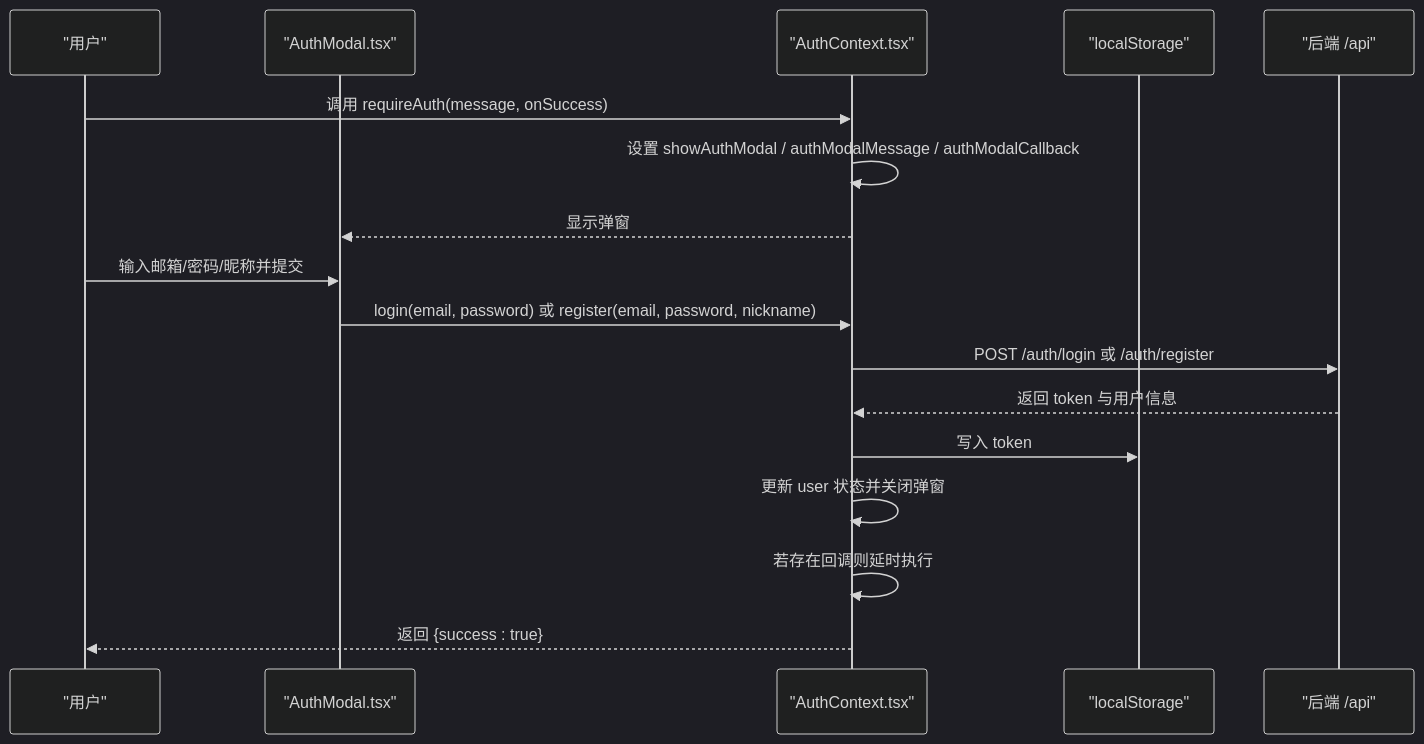
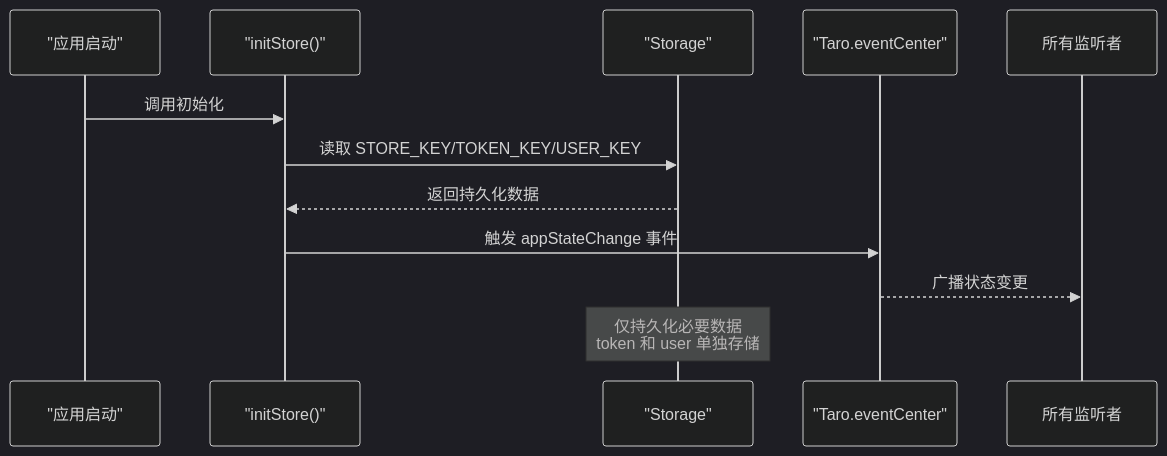
One commit to ititjjy/AITrip-plan changed the third of 4 diagrams in .qoder/repowiki/zh/content/前端架构/前端架构.md. Above: the diagram before and after it, drawn with Mermaid (dark theme). The commit also changed other lines of this file and 17 other files, not shown here.

````diff
--- a/.qoder/repowiki/zh/content/前端架构/前端架构.md
+++ b/.qoder/repowiki/zh/content/前端架构/前端架构.md
@@ -196,19 +154,13 @@
 ```mermaid
 sequenceDiagram
-participant U as "用户"
-participant AM as "AuthModal.tsx"
-participant AC as "AuthContext.tsx"
-participant LS as "localStorage"
-participant API as "后端 /api"
-U->>AC : 调用 requireAuth(message, onSuccess)
-AC->>AC : 设置 showAuthModal / authModalMessage / authModalCallback
-AC-->>AM : 显示弹窗
-U->>AM : 输入邮箱/密码/昵称并提交
-AM->>AC : login(email, password) 或 register(email, password, nickname)
-AC->>API : POST /auth/login 或 /auth/register
-API-->>AC : 返回 token 与用户信息
-AC->>LS : 写入 token
-AC->>AC : 更新 user 状态并关闭弹窗
-AC->>AC : 若存在回调则延时执行
-AC-->>U : 返回 {success : true}
+participant APP as "应用启动"
+participant INIT as "initStore()"
+participant STORAGE as "Storage"
+participant EVENT as "Taro.eventCenter"
+APP->>INIT : 调用初始化
+INIT->>STORAGE : 读取 STORE_KEY/TOKEN_KEY/USER_KEY
+STORAGE-->>INIT : 返回持久化数据
+INIT->>EVENT : 触发 appStateChange 事件
+EVENT-->>所有监听者 : 广播状态变更
+Note over STORAGE : 仅持久化必要数据<br/>token 和 user 单独存储
 ```
````
